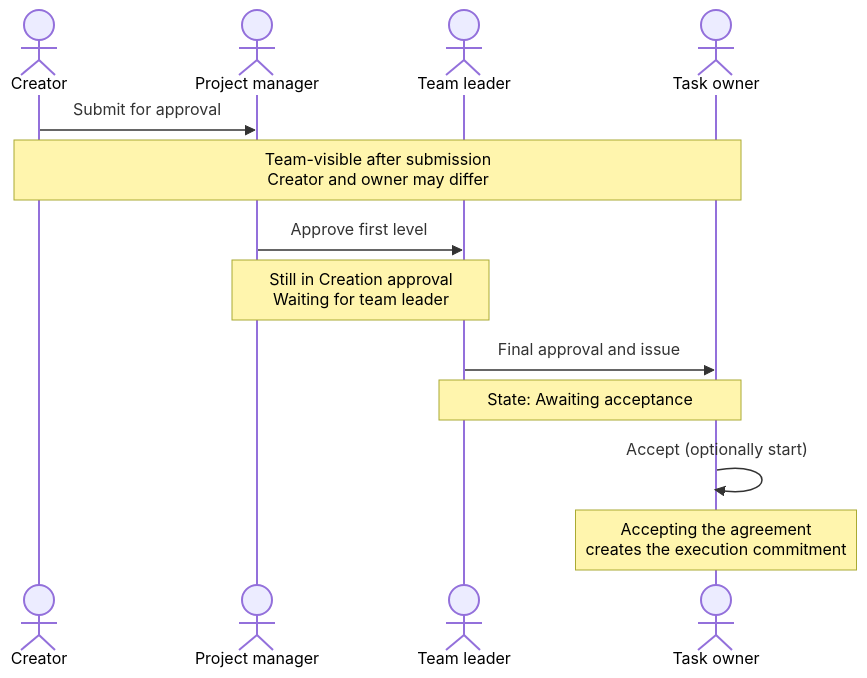
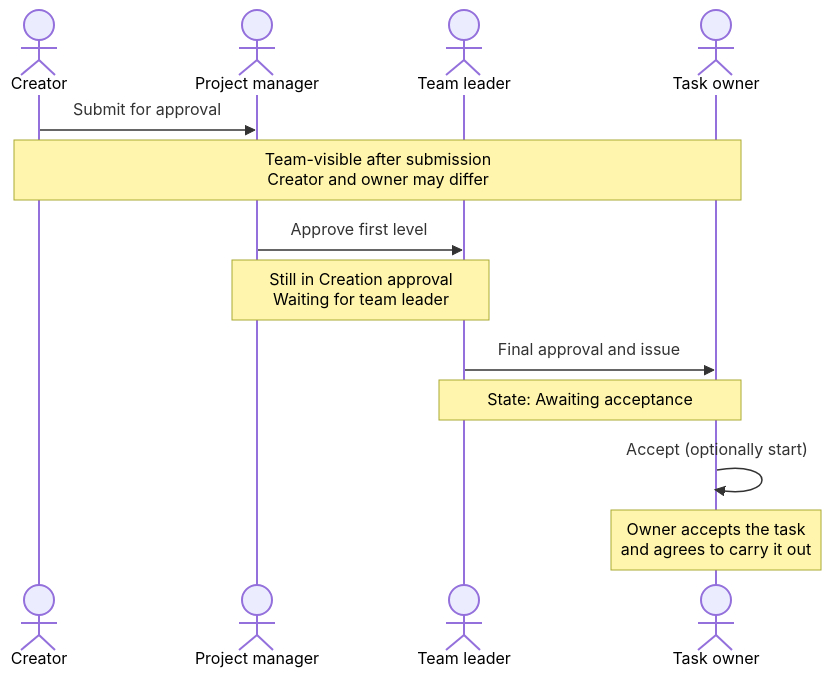
One commit to M1racleShih/open-task changed the diagram in docs/assets/diagrams/en/creation-approval.mmd. Above: the diagram before and after it, drawn with Mermaid. The commit also changed 125 other files, not shown here.

```diff
--- a/docs/assets/diagrams/en/creation-approval.mmd
+++ b/docs/assets/diagrams/en/creation-approval.mmd
@@ -1,15 +1,15 @@
 sequenceDiagram
   accTitle: Creation approval and acceptance for an ordinary project member
-  accDescr: After submission, the project manager reviews first, the team leader gives final approval and issues the task, then the owner accepts. Assignment alone is not an execution commitment.
+  accDescr: After submission, the project manager reviews first, the team leader gives final approval and issues the task, then the owner accepts. Assignment still requires the owner to accept the task.
   actor C as Creator
   actor P as Project manager
   actor L as Team leader
   actor O as Task owner
   C->>P: Submit for approval
   Note over C,O: Team-visible after submission<br/>Creator and owner may differ
   P->>L: Approve first level
   Note over P,L: Still in Creation approval<br/>Waiting for team leader
   L->>O: Final approval and issue
   Note over L,O: State: Awaiting acceptance
   O->>O: Accept (optionally start)
-  Note over O: Accepting the agreement<br/>creates the execution commitment
+  Note over O: Owner accepts the task<br/>and agrees to carry it out
```
